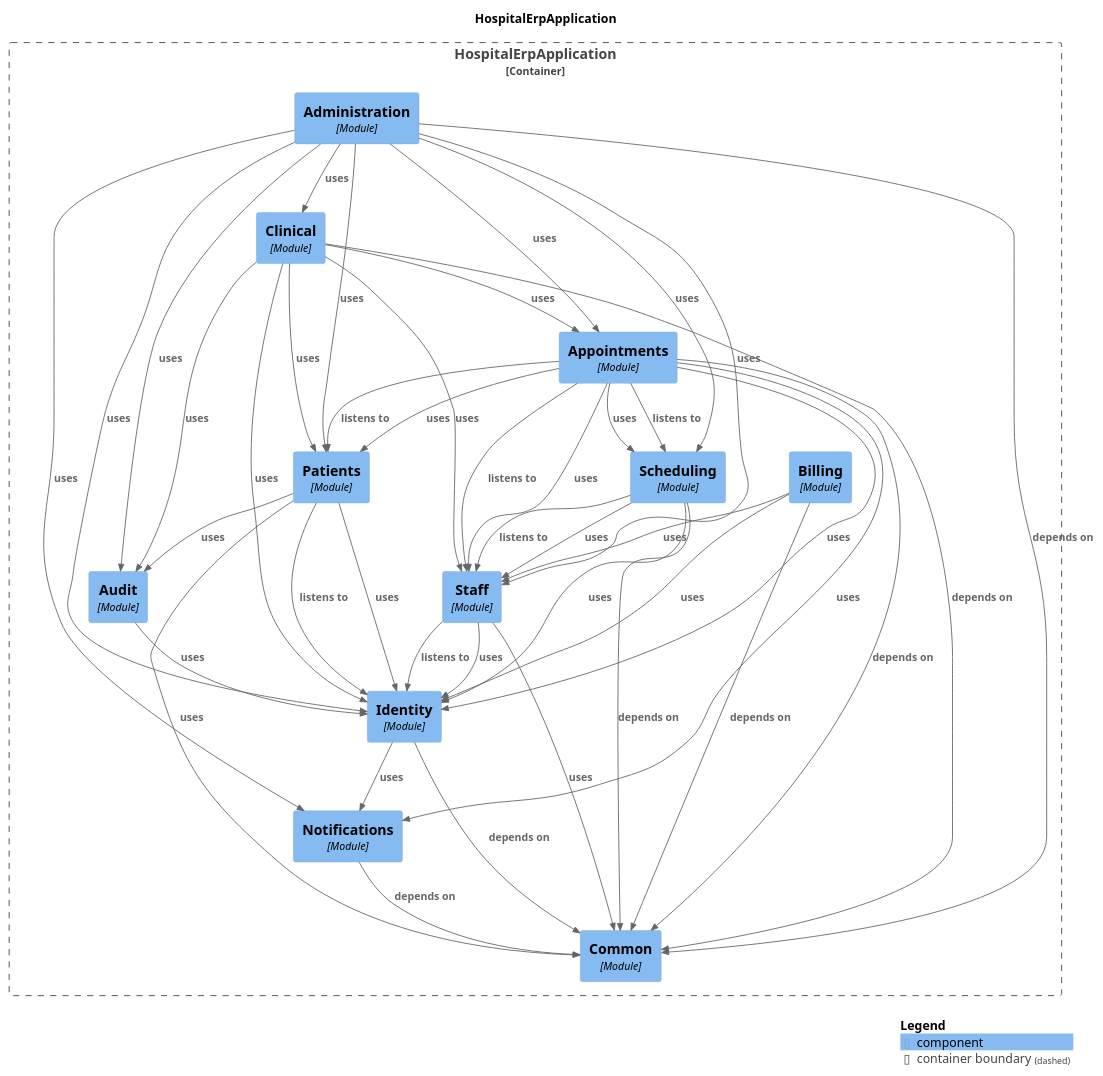
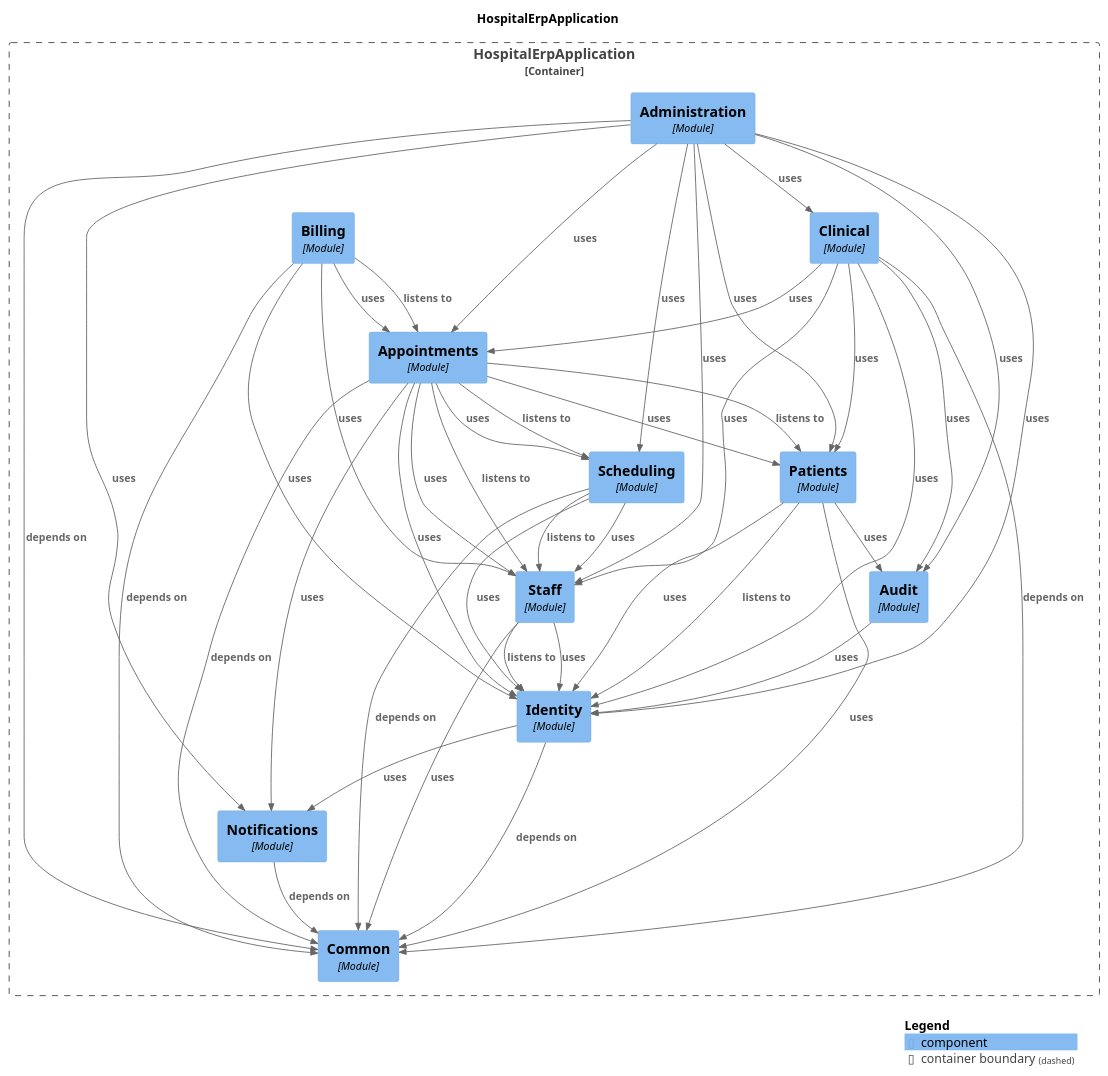
Before and after one commit to harshsharma5720/HospitalERP: the diagram in docs/modules/components.puml, drawn with PlantUML. The commit also changed 29 other files, not shown here.

```diff
--- a/docs/modules/components.puml
+++ b/docs/modules/components.puml
@@ -1,69 +1,71 @@
 @startuml
 set separator none
 title HospitalErpApplication
 
 top to bottom direction
 
 !include <C4/C4>
 !include <C4/C4_Context>
 !include <C4/C4_Component>
 
 Container_Boundary("HospitalErpApplication.HospitalErpApplication_boundary", "HospitalErpApplication", $tags="") {
-  Component(HospitalErpApplication.HospitalErpApplication.Scheduling, "Scheduling", $techn="Module", $descr="", $tags="", $link="")
   Component(HospitalErpApplication.HospitalErpApplication.Appointments, "Appointments", $techn="Module", $descr="", $tags="", $link="")
+  Component(HospitalErpApplication.HospitalErpApplication.Billing, "Billing", $techn="Module", $descr="", $tags="", $link="")
   Component(HospitalErpApplication.HospitalErpApplication.Clinical, "Clinical", $techn="Module", $descr="", $tags="", $link="")
   Component(HospitalErpApplication.HospitalErpApplication.Administration, "Administration", $techn="Module", $descr="", $tags="", $link="")
   Component(HospitalErpApplication.HospitalErpApplication.Common, "Common", $techn="Module", $descr="", $tags="", $link="")
   Component(HospitalErpApplication.HospitalErpApplication.Notifications, "Notifications", $techn="Module", $descr="", $tags="", $link="")
   Component(HospitalErpApplication.HospitalErpApplication.Identity, "Identity", $techn="Module", $descr="", $tags="", $link="")
   Component(HospitalErpApplication.HospitalErpApplication.Audit, "Audit", $techn="Module", $descr="", $tags="", $link="")
   Component(HospitalErpApplication.HospitalErpApplication.Staff, "Staff", $techn="Module", $descr="", $tags="", $link="")
-  Component(HospitalErpApplication.HospitalErpApplication.Billing, "Billing", $techn="Module", $descr="", $tags="", $link="")
   Component(HospitalErpApplication.HospitalErpApplication.Patients, "Patients", $techn="Module", $descr="", $tags="", $link="")
+  Component(HospitalErpApplication.HospitalErpApplication.Scheduling, "Scheduling", $techn="Module", $descr="", $tags="", $link="")
 }
 
-Rel(HospitalErpApplication.HospitalErpApplication.Patients, HospitalErpApplication.HospitalErpApplication.Identity, "listens to", $techn="", $tags="", $link="")
-Rel(HospitalErpApplication.HospitalErpApplication.Patients, HospitalErpApplication.HospitalErpApplication.Identity, "uses", $techn="", $tags="", $link="")
-Rel(HospitalErpApplication.HospitalErpApplication.Patients, HospitalErpApplication.HospitalErpApplication.Common, "uses", $techn="", $tags="", $link="")
-Rel(HospitalErpApplication.HospitalErpApplication.Patients, HospitalErpApplication.HospitalErpApplication.Audit, "uses", $techn="", $tags="", $link="")
+Rel(HospitalErpApplication.HospitalErpApplication.Identity, HospitalErpApplication.HospitalErpApplication.Common, "depends on", $techn="", $tags="", $link="")
+Rel(HospitalErpApplication.HospitalErpApplication.Identity, HospitalErpApplication.HospitalErpApplication.Notifications, "uses", $techn="", $tags="", $link="")
+Rel(HospitalErpApplication.HospitalErpApplication.Audit, HospitalErpApplication.HospitalErpApplication.Identity, "uses", $techn="", $tags="", $link="")
+Rel(HospitalErpApplication.HospitalErpApplication.Scheduling, HospitalErpApplication.HospitalErpApplication.Staff, "listens to", $techn="", $tags="", $link="")
+Rel(HospitalErpApplication.HospitalErpApplication.Scheduling, HospitalErpApplication.HospitalErpApplication.Common, "depends on", $techn="", $tags="", $link="")
+Rel(HospitalErpApplication.HospitalErpApplication.Scheduling, HospitalErpApplication.HospitalErpApplication.Staff, "uses", $techn="", $tags="", $link="")
+Rel(HospitalErpApplication.HospitalErpApplication.Scheduling, HospitalErpApplication.HospitalErpApplication.Identity, "uses", $techn="", $tags="", $link="")
 Rel(HospitalErpApplication.HospitalErpApplication.Appointments, HospitalErpApplication.HospitalErpApplication.Staff, "listens to", $techn="", $tags="", $link="")
 Rel(HospitalErpApplication.HospitalErpApplication.Appointments, HospitalErpApplication.HospitalErpApplication.Patients, "listens to", $techn="", $tags="", $link="")
 Rel(HospitalErpApplication.HospitalErpApplication.Appointments, HospitalErpApplication.HospitalErpApplication.Scheduling, "listens to", $techn="", $tags="", $link="")
 Rel(HospitalErpApplication.HospitalErpApplication.Appointments, HospitalErpApplication.HospitalErpApplication.Common, "depends on", $techn="", $tags="", $link="")
 Rel(HospitalErpApplication.HospitalErpApplication.Appointments, HospitalErpApplication.HospitalErpApplication.Patients, "uses", $techn="", $tags="", $link="")
 Rel(HospitalErpApplication.HospitalErpApplication.Appointments, HospitalErpApplication.HospitalErpApplication.Staff, "uses", $techn="", $tags="", $link="")
 Rel(HospitalErpApplication.HospitalErpApplication.Appointments, HospitalErpApplication.HospitalErpApplication.Scheduling, "uses", $techn="", $tags="", $link="")
 Rel(HospitalErpApplication.HospitalErpApplication.Appointments, HospitalErpApplication.HospitalErpApplication.Identity, "uses", $techn="", $tags="", $link="")
 Rel(HospitalErpApplication.HospitalErpApplication.Appointments, HospitalErpApplication.HospitalErpApplication.Notifications, "uses", $techn="", $tags="", $link="")
-Rel(HospitalErpApplication.HospitalErpApplication.Audit, HospitalErpApplication.HospitalErpApplication.Identity, "uses", $techn="", $tags="", $link="")
-Rel(HospitalErpApplication.HospitalErpApplication.Notifications, HospitalErpApplication.HospitalErpApplication.Common, "depends on", $techn="", $tags="", $link="")
-Rel(HospitalErpApplication.HospitalErpApplication.Identity, HospitalErpApplication.HospitalErpApplication.Common, "depends on", $techn="", $tags="", $link="")
-Rel(HospitalErpApplication.HospitalErpApplication.Identity, HospitalErpApplication.HospitalErpApplication.Notifications, "uses", $techn="", $tags="", $link="")
-Rel(HospitalErpApplication.HospitalErpApplication.Clinical, HospitalErpApplication.HospitalErpApplication.Common, "depends on", $techn="", $tags="", $link="")
-Rel(HospitalErpApplication.HospitalErpApplication.Clinical, HospitalErpApplication.HospitalErpApplication.Appointments, "uses", $techn="", $tags="", $link="")
-Rel(HospitalErpApplication.HospitalErpApplication.Clinical, HospitalErpApplication.HospitalErpApplication.Staff, "uses", $techn="", $tags="", $link="")
-Rel(HospitalErpApplication.HospitalErpApplication.Clinical, HospitalErpApplication.HospitalErpApplication.Patients, "uses", $techn="", $tags="", $link="")
-Rel(HospitalErpApplication.HospitalErpApplication.Clinical, HospitalErpApplication.HospitalErpApplication.Identity, "uses", $techn="", $tags="", $link="")
-Rel(HospitalErpApplication.HospitalErpApplication.Clinical, HospitalErpApplication.HospitalErpApplication.Audit, "uses", $techn="", $tags="", $link="")
 Rel(HospitalErpApplication.HospitalErpApplication.Administration, HospitalErpApplication.HospitalErpApplication.Common, "depends on", $techn="", $tags="", $link="")
 Rel(HospitalErpApplication.HospitalErpApplication.Administration, HospitalErpApplication.HospitalErpApplication.Identity, "uses", $techn="", $tags="", $link="")
 Rel(HospitalErpApplication.HospitalErpApplication.Administration, HospitalErpApplication.HospitalErpApplication.Patients, "uses", $techn="", $tags="", $link="")
 Rel(HospitalErpApplication.HospitalErpApplication.Administration, HospitalErpApplication.HospitalErpApplication.Staff, "uses", $techn="", $tags="", $link="")
 Rel(HospitalErpApplication.HospitalErpApplication.Administration, HospitalErpApplication.HospitalErpApplication.Audit, "uses", $techn="", $tags="", $link="")
 Rel(HospitalErpApplication.HospitalErpApplication.Administration, HospitalErpApplication.HospitalErpApplication.Appointments, "uses", $techn="", $tags="", $link="")
 Rel(HospitalErpApplication.HospitalErpApplication.Administration, HospitalErpApplication.HospitalErpApplication.Notifications, "uses", $techn="", $tags="", $link="")
 Rel(HospitalErpApplication.HospitalErpApplication.Administration, HospitalErpApplication.HospitalErpApplication.Clinical, "uses", $techn="", $tags="", $link="")
 Rel(HospitalErpApplication.HospitalErpApplication.Administration, HospitalErpApplication.HospitalErpApplication.Scheduling, "uses", $techn="", $tags="", $link="")
+Rel(HospitalErpApplication.HospitalErpApplication.Clinical, HospitalErpApplication.HospitalErpApplication.Common, "depends on", $techn="", $tags="", $link="")
+Rel(HospitalErpApplication.HospitalErpApplication.Clinical, HospitalErpApplication.HospitalErpApplication.Appointments, "uses", $techn="", $tags="", $link="")
+Rel(HospitalErpApplication.HospitalErpApplication.Clinical, HospitalErpApplication.HospitalErpApplication.Staff, "uses", $techn="", $tags="", $link="")
+Rel(HospitalErpApplication.HospitalErpApplication.Clinical, HospitalErpApplication.HospitalErpApplication.Patients, "uses", $techn="", $tags="", $link="")
+Rel(HospitalErpApplication.HospitalErpApplication.Clinical, HospitalErpApplication.HospitalErpApplication.Identity, "uses", $techn="", $tags="", $link="")
+Rel(HospitalErpApplication.HospitalErpApplication.Clinical, HospitalErpApplication.HospitalErpApplication.Audit, "uses", $techn="", $tags="", $link="")
 Rel(HospitalErpApplication.HospitalErpApplication.Staff, HospitalErpApplication.HospitalErpApplication.Identity, "listens to", $techn="", $tags="", $link="")
 Rel(HospitalErpApplication.HospitalErpApplication.Staff, HospitalErpApplication.HospitalErpApplication.Identity, "uses", $techn="", $tags="", $link="")
 Rel(HospitalErpApplication.HospitalErpApplication.Staff, HospitalErpApplication.HospitalErpApplication.Common, "uses", $techn="", $tags="", $link="")
+Rel(HospitalErpApplication.HospitalErpApplication.Patients, HospitalErpApplication.HospitalErpApplication.Identity, "listens to", $techn="", $tags="", $link="")
+Rel(HospitalErpApplication.HospitalErpApplication.Patients, HospitalErpApplication.HospitalErpApplication.Identity, "uses", $techn="", $tags="", $link="")
+Rel(HospitalErpApplication.HospitalErpApplication.Patients, HospitalErpApplication.HospitalErpApplication.Common, "uses", $techn="", $tags="", $link="")
+Rel(HospitalErpApplication.HospitalErpApplication.Patients, HospitalErpApplication.HospitalErpApplication.Audit, "uses", $techn="", $tags="", $link="")
+Rel(HospitalErpApplication.HospitalErpApplication.Notifications, HospitalErpApplication.HospitalErpApplication.Common, "depends on", $techn="", $tags="", $link="")
+Rel(HospitalErpApplication.HospitalErpApplication.Billing, HospitalErpApplication.HospitalErpApplication.Appointments, "listens to", $techn="", $tags="", $link="")
 Rel(HospitalErpApplication.HospitalErpApplication.Billing, HospitalErpApplication.HospitalErpApplication.Common, "depends on", $techn="", $tags="", $link="")
+Rel(HospitalErpApplication.HospitalErpApplication.Billing, HospitalErpApplication.HospitalErpApplication.Appointments, "uses", $techn="", $tags="", $link="")
 Rel(HospitalErpApplication.HospitalErpApplication.Billing, HospitalErpApplication.HospitalErpApplication.Staff, "uses", $techn="", $tags="", $link="")
 Rel(HospitalErpApplication.HospitalErpApplication.Billing, HospitalErpApplication.HospitalErpApplication.Identity, "uses", $techn="", $tags="", $link="")
-Rel(HospitalErpApplication.HospitalErpApplication.Scheduling, HospitalErpApplication.HospitalErpApplication.Staff, "listens to", $techn="", $tags="", $link="")
-Rel(HospitalErpApplication.HospitalErpApplication.Scheduling, HospitalErpApplication.HospitalErpApplication.Common, "depends on", $techn="", $tags="", $link="")
-Rel(HospitalErpApplication.HospitalErpApplication.Scheduling, HospitalErpApplication.HospitalErpApplication.Staff, "uses", $techn="", $tags="", $link="")
-Rel(HospitalErpApplication.HospitalErpApplication.Scheduling, HospitalErpApplication.HospitalErpApplication.Identity, "uses", $techn="", $tags="", $link="")
 
 SHOW_LEGEND(true)
 @enduml
```
